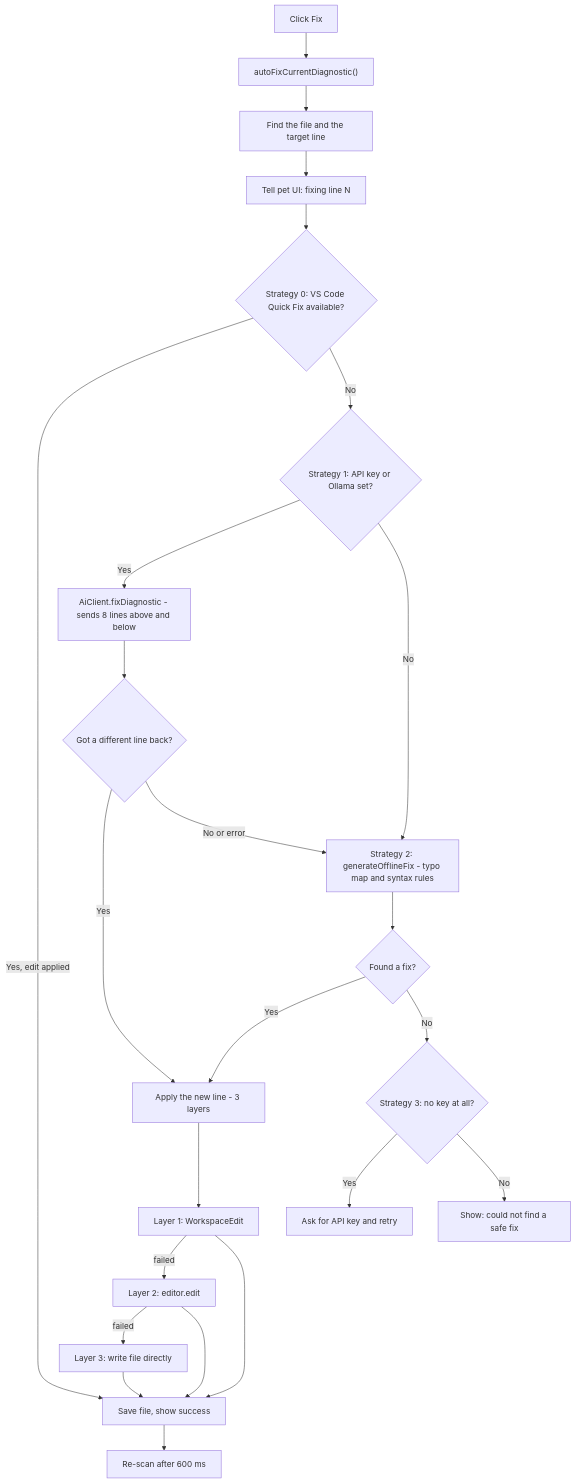
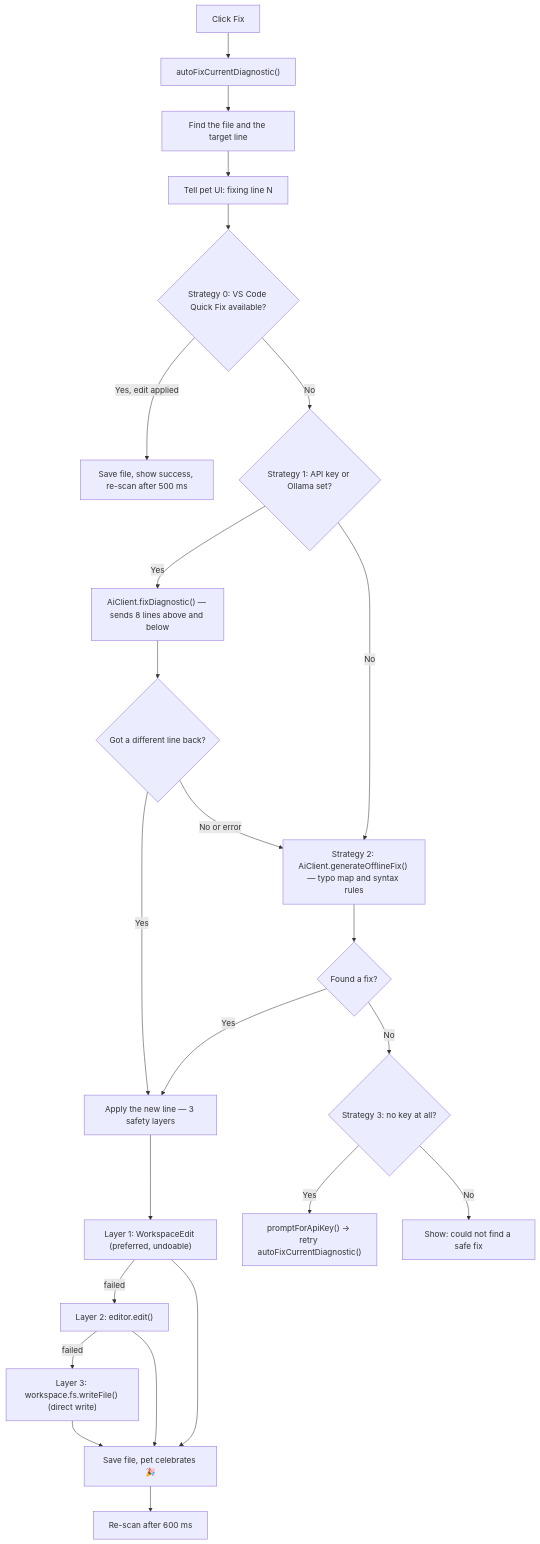
The seventh of 14 diagrams in README.md (maimanishhoon/aicodingpet), drawn with Mermaid before and after one commit. The commit also changed other lines of this file, not shown here.

````diff
--- a/README.md
+++ b/README.md
@@ -332,26 +471,26 @@
 ```mermaid
 flowchart TD
     A["Click Fix"] --> B["autoFixCurrentDiagnostic()"]
     B --> C["Find the file and the target line"]
     C --> D["Tell pet UI: fixing line N"]
     D --> S0{"Strategy 0: VS Code Quick Fix available?"}
-    S0 -- "Yes, edit applied" --> OK["Save file, show success"]
+    S0 -- "Yes, edit applied" --> OK["Save file, show success, re-scan after 500 ms"]
     S0 -- "No" --> S1{"Strategy 1: API key or Ollama set?"}
-    S1 -- "Yes" --> AI["AiClient.fixDiagnostic - sends 8 lines above and below"]
+    S1 -- "Yes" --> AI["AiClient.fixDiagnostic() — sends 8 lines above and below"]
     AI --> AIOK{"Got a different line back?"}
     AIOK -- "Yes" --> APPLY
     AIOK -- "No or error" --> S2
-    S1 -- "No" --> S2["Strategy 2: generateOfflineFix - typo map and syntax rules"]
+    S1 -- "No" --> S2["Strategy 2: AiClient.generateOfflineFix() — typo map and syntax rules"]
     S2 --> S2OK{"Found a fix?"}
     S2OK -- "Yes" --> APPLY
     S2OK -- "No" --> S3{"Strategy 3: no key at all?"}
-    S3 -- "Yes" --> KEY["Ask for API key and retry"]
+    S3 -- "Yes" --> KEY["promptForApiKey() → retry autoFixCurrentDiagnostic()"]
     S3 -- "No" --> FAIL["Show: could not find a safe fix"]
-    APPLY["Apply the new line - 3 layers"] --> L1["Layer 1: WorkspaceEdit"]
-    L1 -- "failed" --> L2["Layer 2: editor.edit"]
-    L2 -- "failed" --> L3["Layer 3: write file directly"]
-    L1 --> OK
-    L2 --> OK
-    L3 --> OK
-    OK --> RESCAN["Re-scan after 600 ms"]
+    APPLY["Apply the new line — 3 safety layers"] --> L1["Layer 1: WorkspaceEdit (preferred, undoable)"]
+    L1 -- "failed" --> L2["Layer 2: editor.edit()"]
+    L2 -- "failed" --> L3["Layer 3: workspace.fs.writeFile() (direct write)"]
+    L1 --> OK2["Save file, pet celebrates 🎉"]
+    L2 --> OK2
+    L3 --> OK2
+    OK2 --> RESCAN["Re-scan after 600 ms"]
 ```
````
